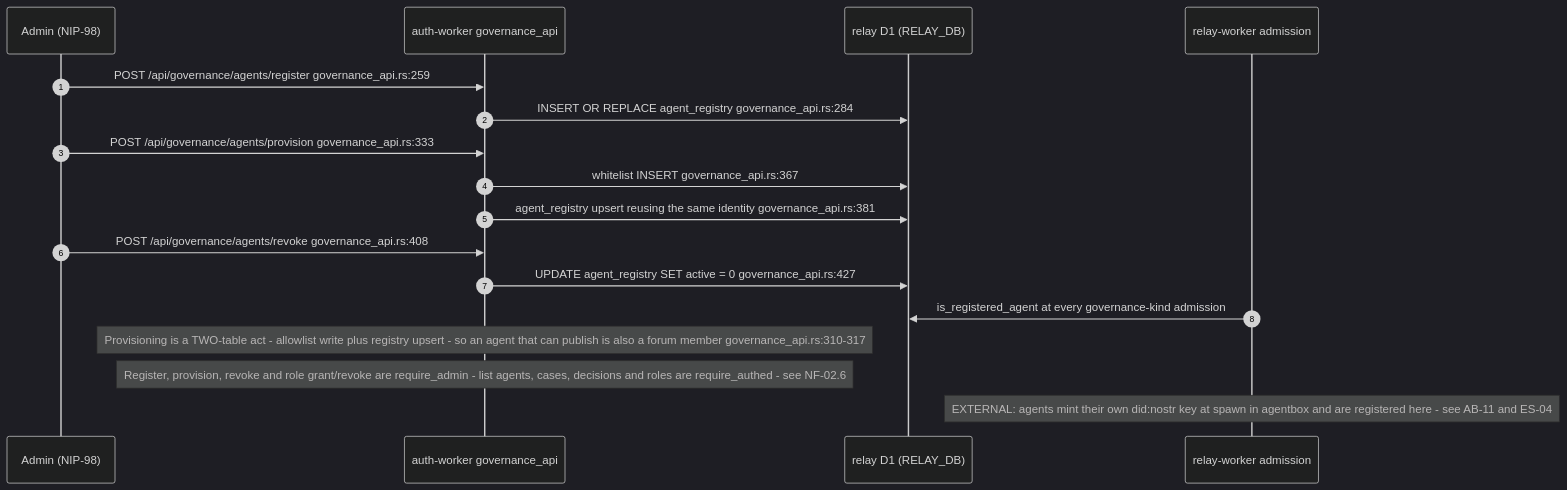
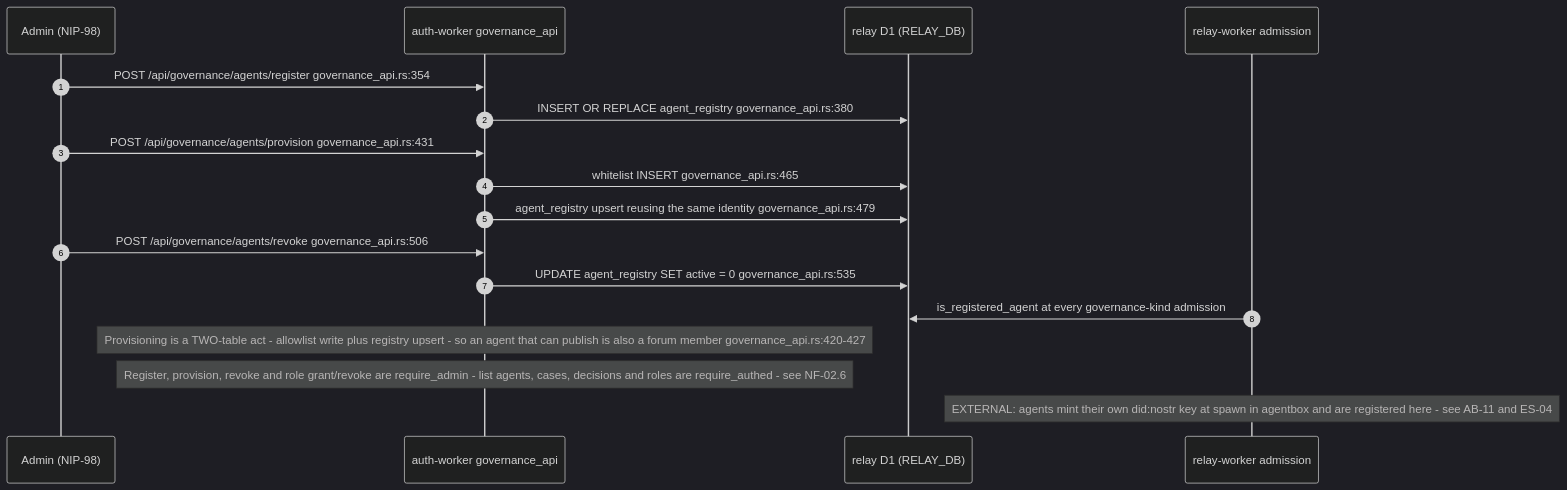
One commit to DreamLab-AI/VisionFlow changed the ninth of 15 diagrams in docs/diagrams/nostr-rust-forum/06-agent-control-surface-31400-31405.md. Above: the diagram before and after it, drawn with Mermaid (dark theme). The commit also changed other lines of this file and 11 other files, not shown here.

````diff
--- a/docs/diagrams/nostr-rust-forum/06-agent-control-surface-31400-31405.md
+++ b/docs/diagrams/nostr-rust-forum/06-agent-control-surface-31400-31405.md
@@ -256,21 +266,21 @@
 ```mermaid
 sequenceDiagram
     autonumber
     participant AD as Admin (NIP-98)
     participant API as auth-worker governance_api
     participant RD as relay D1 (RELAY_DB)
     participant R as relay-worker admission
 
-    AD->>API: POST /api/governance/agents/register governance_api.rs:259
-    API->>RD: INSERT OR REPLACE agent_registry governance_api.rs:284
-    AD->>API: POST /api/governance/agents/provision governance_api.rs:333
-    API->>RD: whitelist INSERT governance_api.rs:367
-    API->>RD: agent_registry upsert reusing the same identity governance_api.rs:381
-    AD->>API: POST /api/governance/agents/revoke governance_api.rs:408
-    API->>RD: UPDATE agent_registry SET active = 0 governance_api.rs:427
+    AD->>API: POST /api/governance/agents/register governance_api.rs:354
+    API->>RD: INSERT OR REPLACE agent_registry governance_api.rs:380
+    AD->>API: POST /api/governance/agents/provision governance_api.rs:431
+    API->>RD: whitelist INSERT governance_api.rs:465
+    API->>RD: agent_registry upsert reusing the same identity governance_api.rs:479
+    AD->>API: POST /api/governance/agents/revoke governance_api.rs:506
+    API->>RD: UPDATE agent_registry SET active = 0 governance_api.rs:535
     R->>RD: is_registered_agent at every governance-kind admission
 
-    Note over API: Provisioning is a TWO-table act - allowlist write plus registry upsert - so an agent that can publish is also a forum member governance_api.rs:310-317
+    Note over API: Provisioning is a TWO-table act - allowlist write plus registry upsert - so an agent that can publish is also a forum member governance_api.rs:420-427
     Note over API: Register, provision, revoke and role grant/revoke are require_admin - list agents, cases, decisions and roles are require_authed - see NF-02.6
     Note over R: EXTERNAL: agents mint their own did:nostr key at spawn in agentbox and are registered here - see AB-11 and ES-04
 ```
````
